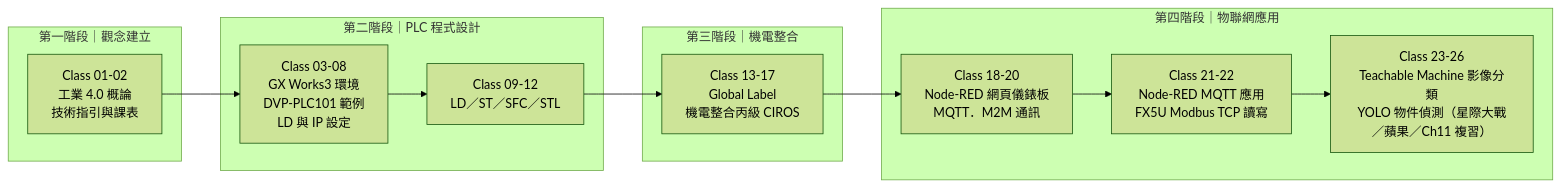
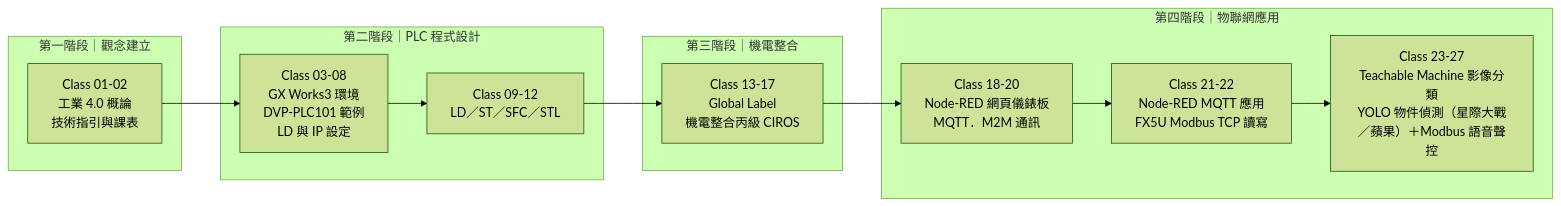
Before and after one commit to yd7148/INDUSTRY-4.0: the first of 6 diagrams in README.md, drawn with Mermaid (forest theme). The commit also changed other lines of this file and 4 other files, not shown here.

Commit message:
Sync docs for Class-27 (27 classes, 28 videos, timeline and SVG)

````diff
--- a/README.md
+++ b/README.md
@@ -22,19 +22,19 @@
 ```mermaid
 flowchart LR
     subgraph P1["第一階段｜觀念建立"]
         A1["Class 01-02<br/>工業 4.0 概論<br/>技術指引與課表"]
     end
     subgraph P2["第二階段｜PLC 程式設計"]
         B1["Class 03-08<br/>GX Works3 環境<br/>DVP-PLC101 範例<br/>LD 與 IP 設定"]
         B2["Class 09-12<br/>LD／ST／SFC／STL"]
     end
     subgraph P3["第三階段｜機電整合"]
         C1["Class 13-17<br/>Global Label<br/>機電整合丙級 CIROS"]
     end
     subgraph P4["第四階段｜物聯網應用"]
         D1["Class 18-20<br/>Node-RED 網頁儀錶板<br/>MQTT．M2M 通訊"]
         D2["Class 21-22<br/>Node-RED MQTT 應用<br/>FX5U Modbus TCP 讀寫"]
-        D3["Class 23-26<br/>Teachable Machine 影像分類<br/>YOLO 物件偵測（星際大戰／蘋果／Ch11 複習）"]
+        D3["Class 23-27<br/>Teachable Machine 影像分類<br/>YOLO 物件偵測（星際大戰／蘋果）＋Modbus 語音聲控"]
     end
     A1 --> B1 --> B2 --> C1 --> D1 --> D2 --> D3
 ```
````
